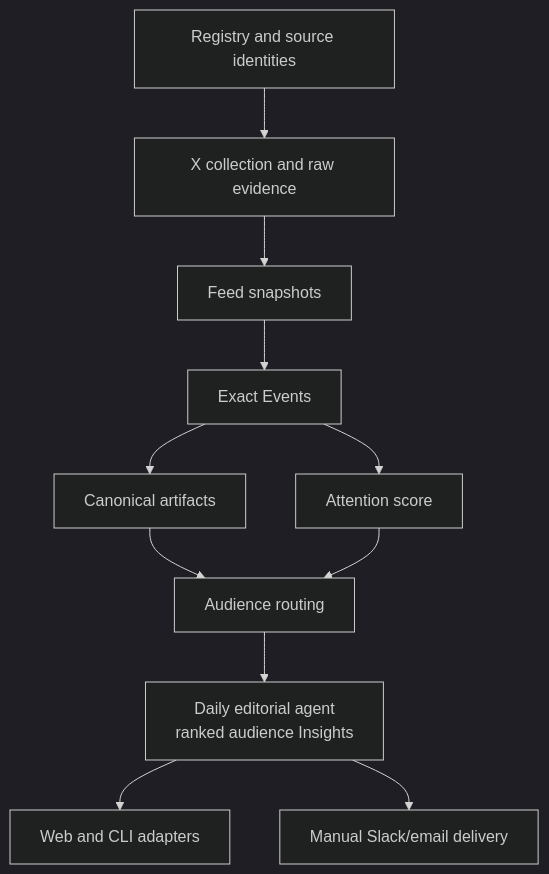
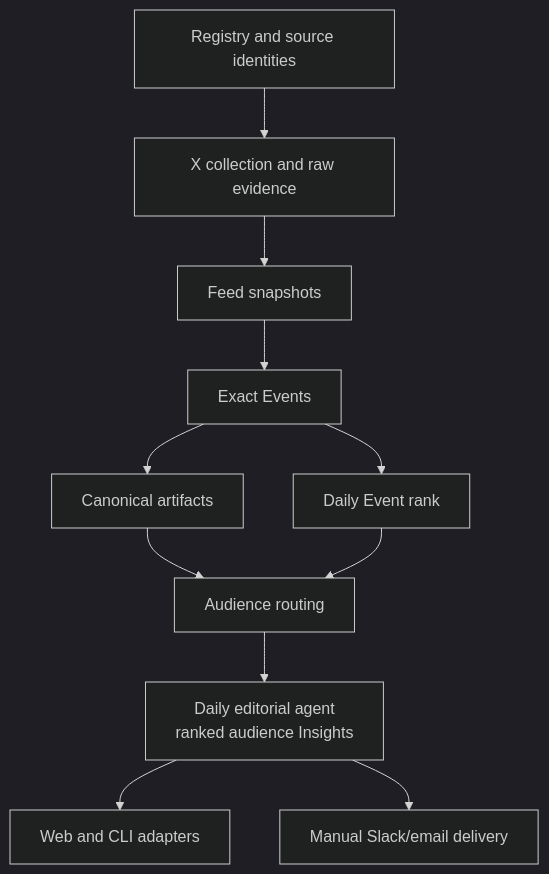
The diagram in docs/architecture/code-map.md (AdithyanI/frontier-lab-intelligence), drawn with Mermaid (dark theme) before and after one commit. The commit also changed other lines of this file and 59 other files, not shown here.

````diff
--- a/docs/architecture/code-map.md
+++ b/docs/architecture/code-map.md
@@ -9,13 +9,13 @@
 ```mermaid
 flowchart TD
     R["Registry and source identities"] --> X["X collection and raw evidence"]
     X --> F["Feed snapshots"]
     F --> E["Exact Events"]
     E --> A["Canonical artifacts"]
-    E --> S["Attention score"]
+    E --> S["Daily Event rank"]
     A --> U["Audience routing"]
     S --> U
     U --> I["Daily editorial agent<br/>ranked audience Insights"]
     I --> W["Web and CLI adapters"]
     I --> D["Manual Slack/email delivery"]
 ```
````
